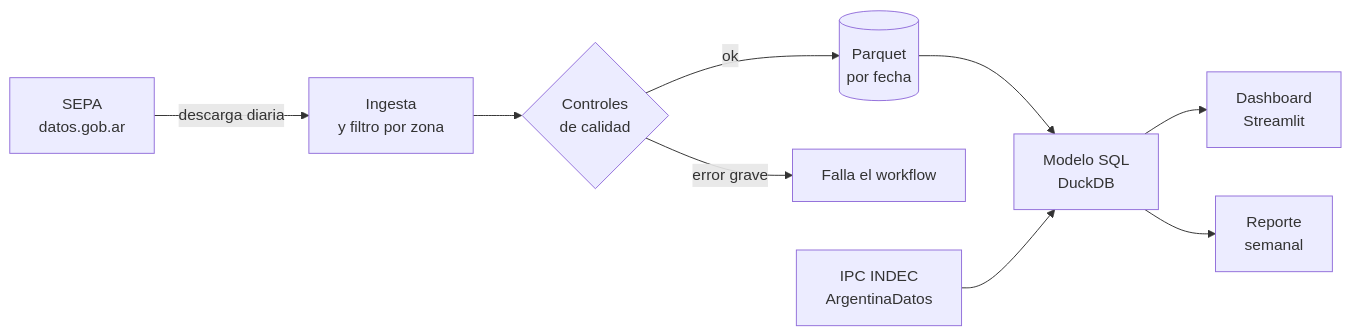
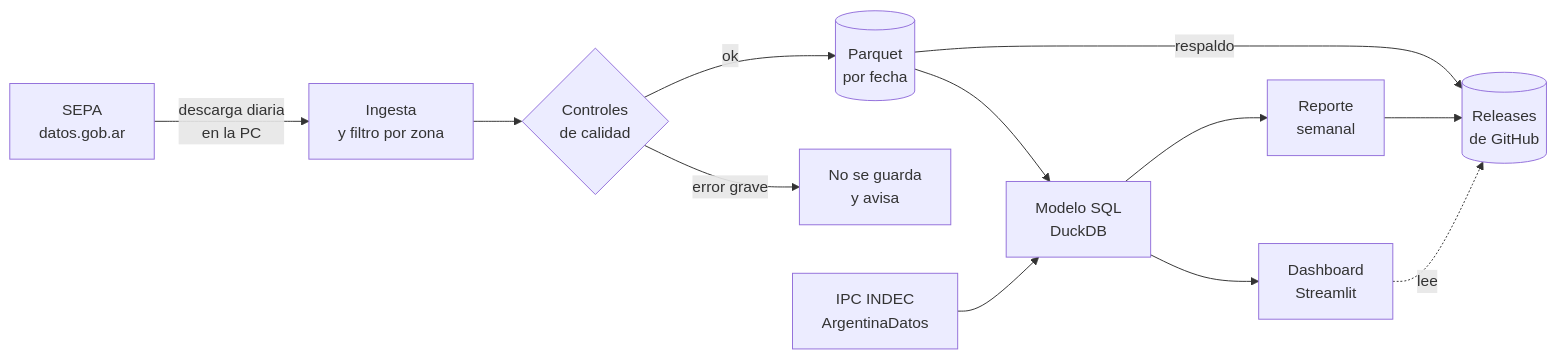
Before and after one commit to magaliorellana01/monitor-precios-supermercados: the diagram in README.md, drawn with Mermaid. The commit also changed other lines of this file, not shown here.

````diff
--- a/README.md
+++ b/README.md
@@ -19,11 +45,14 @@
 ```mermaid
 flowchart LR
-    A[SEPA<br/>datos.gob.ar] -->|descarga diaria| B[Ingesta<br/>y filtro por zona]
+    A[SEPA<br/>datos.gob.ar] -->|descarga diaria<br/>en la PC| B[Ingesta<br/>y filtro por zona]
     B --> C{Controles<br/>de calidad}
     C -->|ok| D[(Parquet<br/>por fecha)]
-    C -->|error grave| X[Falla el workflow]
+    C -->|error grave| X[No se guarda<br/>y avisa]
+    D -->|respaldo| R[(Releases<br/>de GitHub)]
     D --> E[Modelo SQL<br/>DuckDB]
     F[IPC INDEC<br/>ArgentinaDatos] --> E
     E --> G[Dashboard<br/>Streamlit]
     E --> H[Reporte<br/>semanal]
+    H --> R
+    G -.lee.-> R
 ```
````
